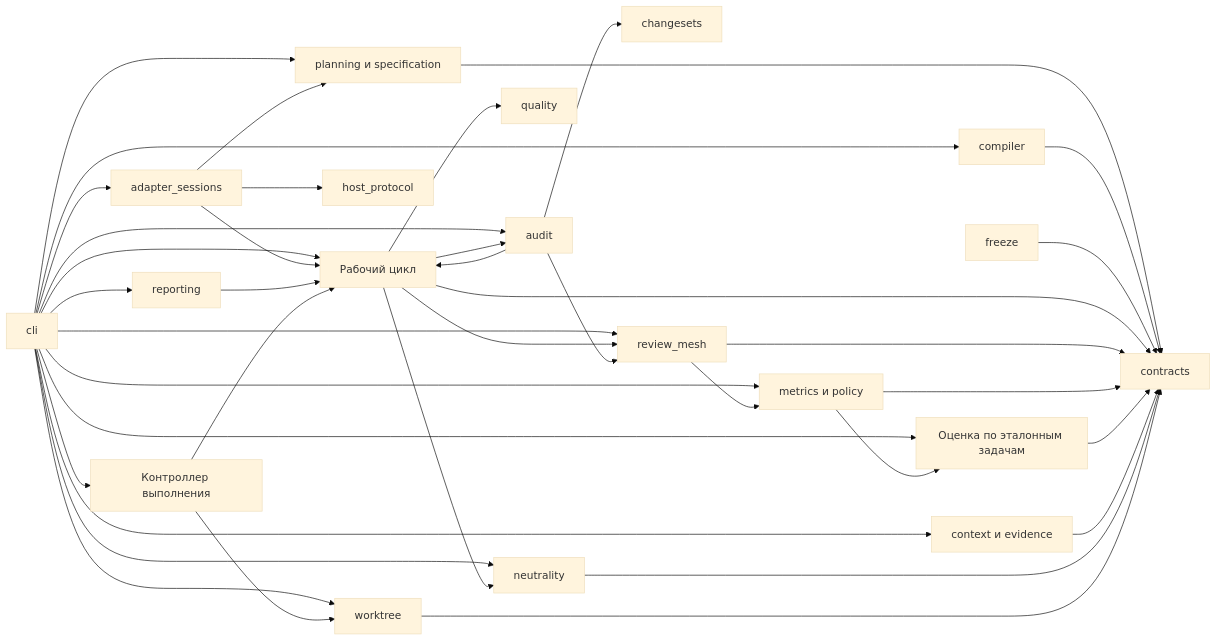
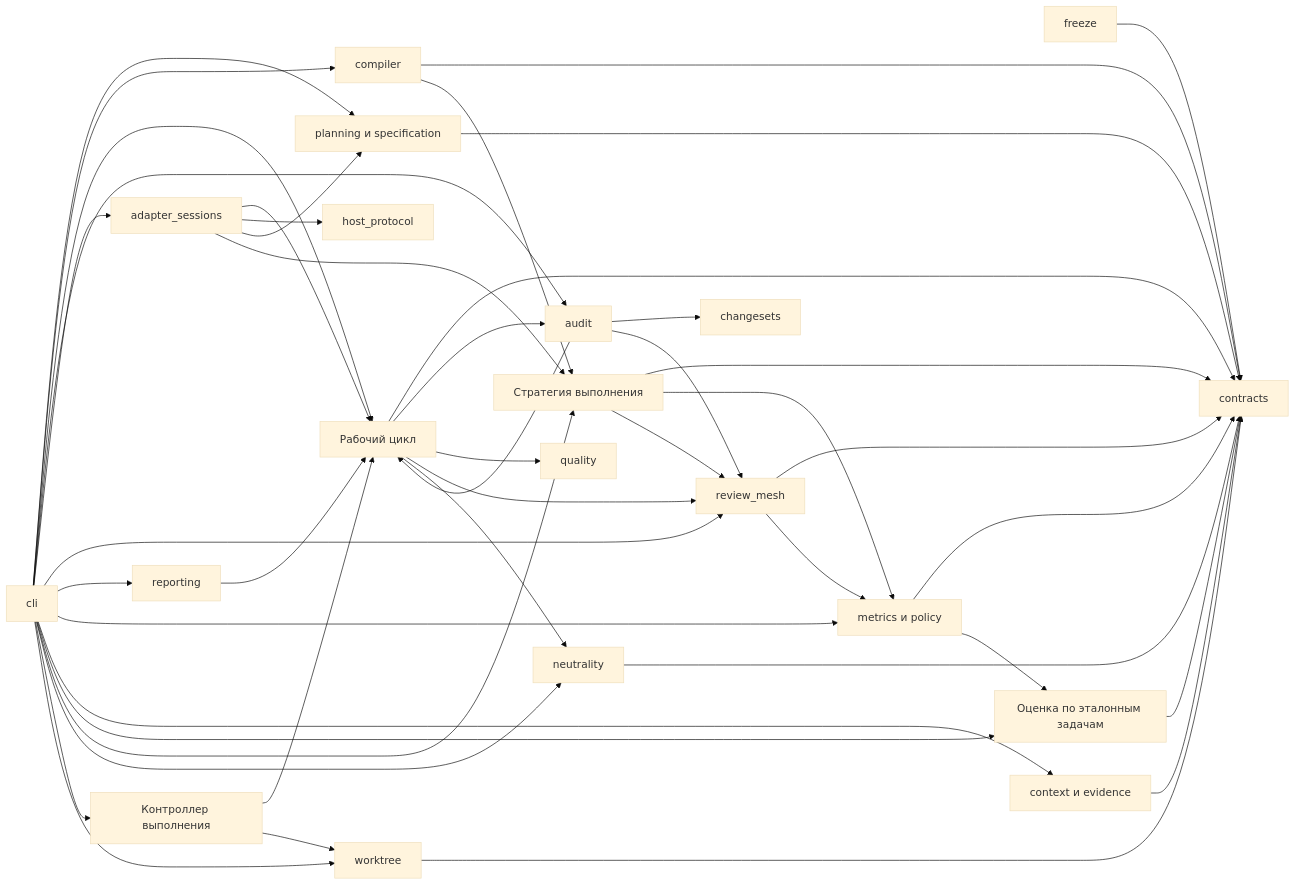
Before and after one commit to avksp/agent-lifecycle-kit: the fourth of 15 diagrams in docs/ru/architecture/system-architecture.md, drawn with Mermaid (base theme). The commit also changed other lines of this file and 59 other files, not shown here.

````diff
--- a/docs/ru/architecture/system-architecture.md
+++ b/docs/ru/architecture/system-architecture.md
@@ -148,61 +148,68 @@
 ```mermaid
 flowchart LR
   cli[cli]
   contracts[contracts]
   changesets[changesets]
   compiler[compiler]
   planning[planning и specification]
   freeze[freeze]
   workflow[Рабочий цикл]
   audit[audit]
   adapter_sessions[adapter_sessions]
   host_protocol[host_protocol]
   review_mesh[review_mesh]
   reporting[reporting]
   metrics[metrics и policy]
   context[context и evidence]
   quality[quality]
+  strategy[Стратегия выполнения]
   benchmarks[Оценка по эталонным задачам]
   neutrality[neutrality]
   runner[Контроллер выполнения]
   worktree[worktree]
 
   cli --> planning
   cli --> compiler
   cli --> workflow
   cli --> audit
   cli --> adapter_sessions
   cli --> review_mesh
   cli --> reporting
   cli --> metrics
   cli --> context
   cli --> benchmarks
+  cli --> strategy
   cli --> neutrality
   cli --> runner
   cli --> worktree
   planning --> contracts
   compiler --> contracts
   freeze --> contracts
   workflow --> contracts
   workflow --> audit
   workflow --> quality
   workflow --> review_mesh
   workflow --> neutrality
   adapter_sessions --> workflow
   adapter_sessions --> host_protocol
   adapter_sessions --> planning
+  adapter_sessions --> strategy
+  compiler --> strategy
+  strategy --> contracts
+  strategy --> metrics
+  strategy --> review_mesh
   review_mesh --> contracts
   review_mesh --> metrics
   audit --> workflow
   audit --> changesets
   audit --> review_mesh
   reporting --> workflow
   metrics --> contracts
   benchmarks --> contracts
   metrics --> benchmarks
   context --> contracts
   neutrality --> contracts
   runner --> workflow
   runner --> worktree
   worktree --> contracts
 ```
````
